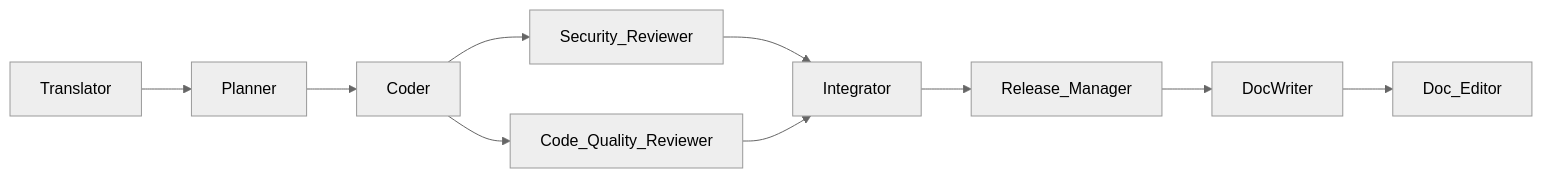
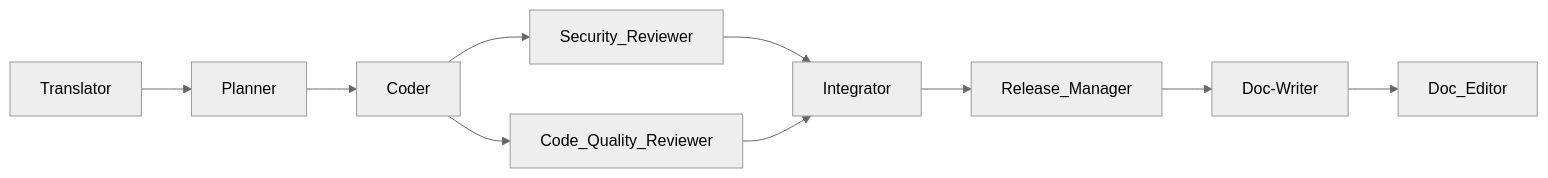
One commit to ist-h-i/todo-generator changed the diagram in codex_output/auto_evolve/graph_before_after.md. Above: the diagram before and after it, drawn with Mermaid (neutral theme). The commit also changed 11 other files, not shown here.

````diff
--- a/codex_output/auto_evolve/graph_before_after.md
+++ b/codex_output/auto_evolve/graph_before_after.md
@@ -3,13 +3,13 @@
 ```mermaid
 flowchart LR
 
   Translator --> Planner
   Planner --> Coder
   Coder --> Code_Quality_Reviewer
   Coder --> Security_Reviewer
   Security_Reviewer --> Integrator
   Code_Quality_Reviewer --> Integrator
   Integrator --> Release_Manager
-  Release_Manager --> DocWriter
-  DocWriter --> Doc_Editor
+  Release_Manager --> Doc-Writer
+  Doc-Writer --> Doc_Editor
 ```
````
